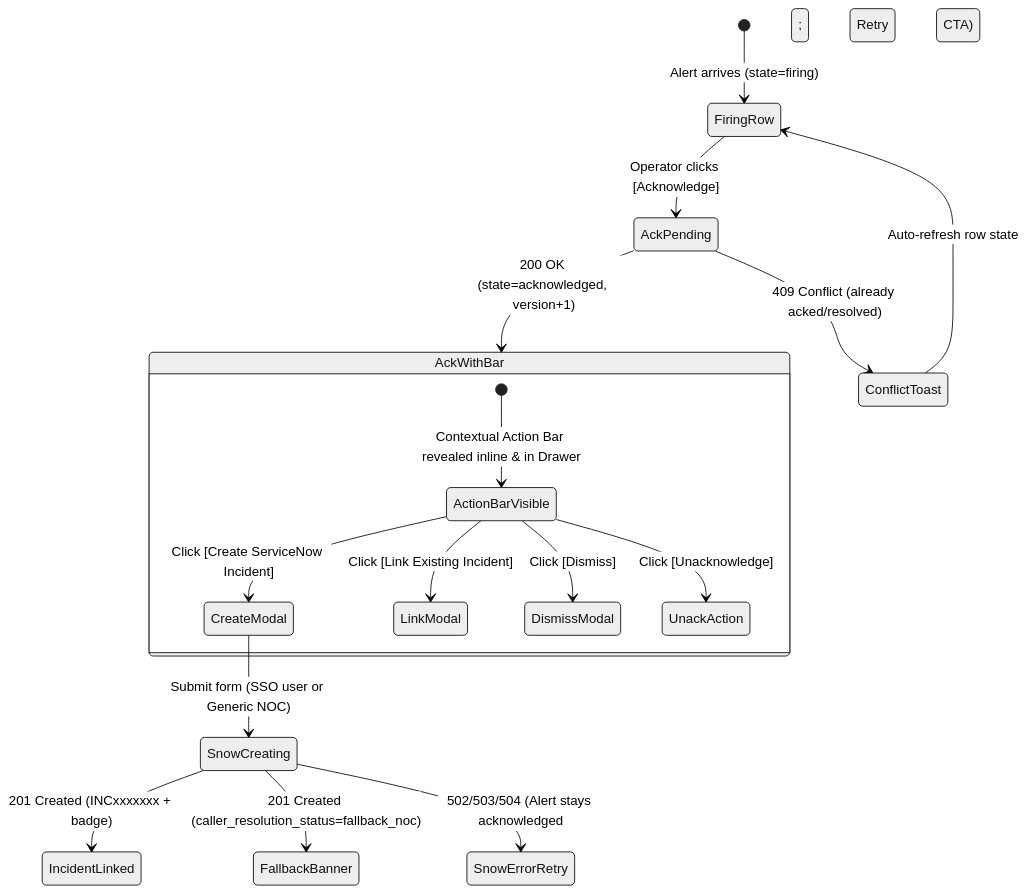
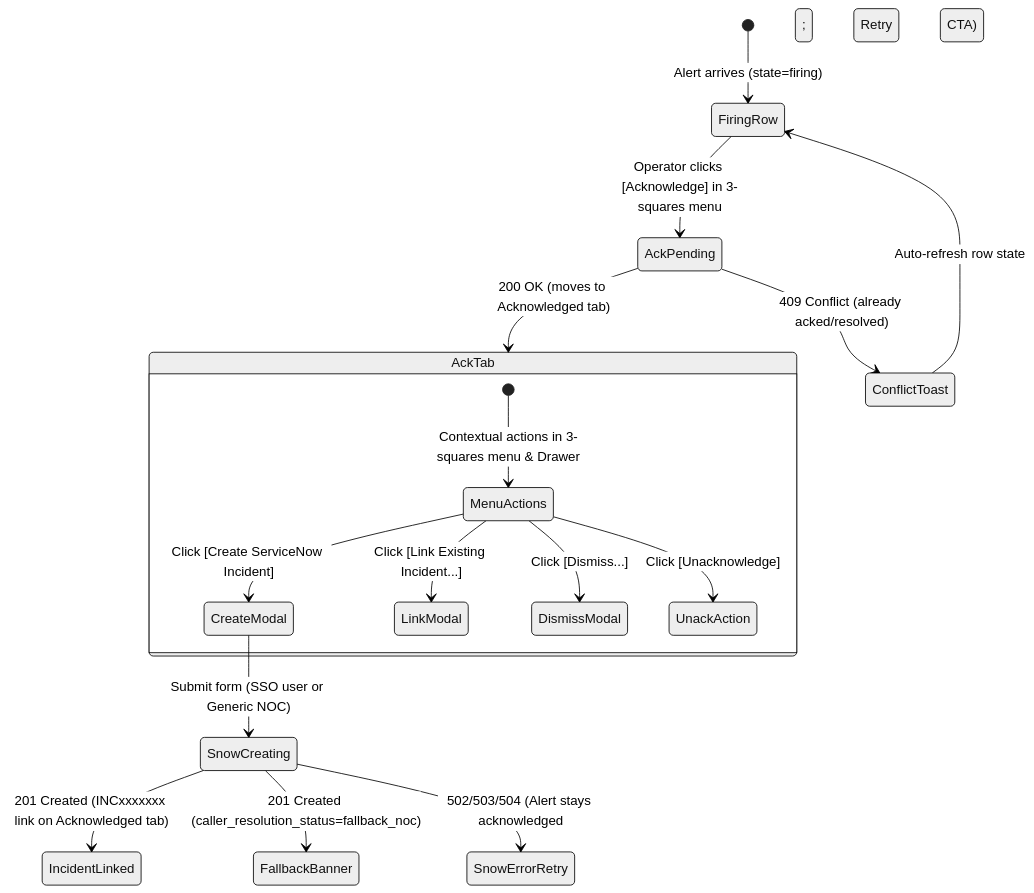
One commit to oriraz1607/snow changed the second of 2 diagrams in docs/design/01-grafana-plugin.md. Above: the diagram before and after it, drawn with Mermaid (neutral theme). The commit also changed other lines of this file and 52 other files, not shown here.

First line of the commit message:
feat: add NOC ServiceNow guardrails, learned assignment groups, severity normalization, and alert history

````diff
--- a/docs/design/01-grafana-plugin.md
+++ b/docs/design/01-grafana-plugin.md
@@ -195,21 +201,21 @@
 ```mermaid
 stateDiagram-v2
     [*] --> FiringRow: Alert arrives (state=firing)
-    FiringRow --> AckPending: Operator clicks [Acknowledge]
-    AckPending --> AckWithBar: 200 OK (state=acknowledged, version+1)
+    FiringRow --> AckPending: Operator clicks [Acknowledge] in 3-squares menu
+    AckPending --> AckTab: 200 OK (moves to Acknowledged tab)
     AckPending --> ConflictToast: 409 Conflict (already acked/resolved)
     ConflictToast --> FiringRow: Auto-refresh row state
 
-    state AckWithBar {
-        [*] --> ActionBarVisible: Contextual Action Bar revealed inline & in Drawer
-        ActionBarVisible --> CreateModal: Click [Create ServiceNow Incident]
-        ActionBarVisible --> LinkModal: Click [Link Existing Incident]
-        ActionBarVisible --> DismissModal: Click [Dismiss]
-        ActionBarVisible --> UnackAction: Click [Unacknowledge]
+    state AckTab {
+        [*] --> MenuActions: Contextual actions in 3-squares menu & Drawer
+        MenuActions --> CreateModal: Click [Create ServiceNow Incident]
+        MenuActions --> LinkModal: Click [Link Existing Incident...]
+        MenuActions --> DismissModal: Click [Dismiss...]
+        MenuActions --> UnackAction: Click [Unacknowledge]
     }
 
     CreateModal --> SnowCreating: Submit form (SSO user or Generic NOC)
-    SnowCreating --> IncidentLinked: 201 Created (INCxxxxxxx + badge)
+    SnowCreating --> IncidentLinked: 201 Created (INCxxxxxxx link on Acknowledged tab)
     SnowCreating --> FallbackBanner: 201 Created (caller_resolution_status=fallback_noc)
     SnowCreating --> SnowErrorRetry: 502/503/504 (Alert stays acknowledged; Retry CTA)
 ```
````
